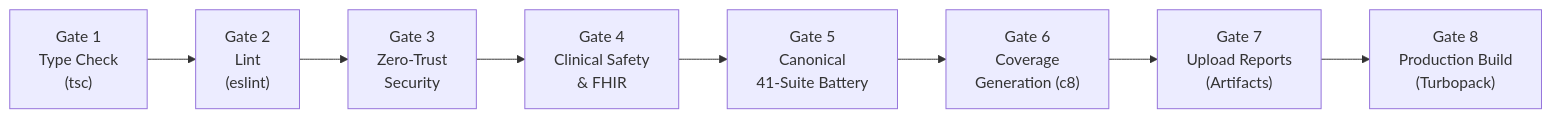
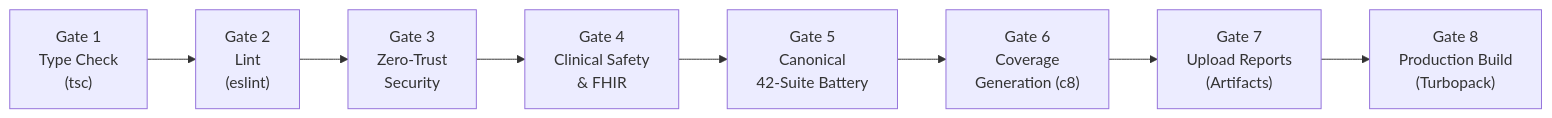
One commit to PuneethPujala/ai-medical-voice-agent changed the second of 2 diagrams in docs/TESTING.md. Above: the diagram before and after it, drawn with Mermaid. The commit also changed other lines of this file and 1 other file, not shown here.

Commit message:
chore(tests): include route-voice-chat-dialogue in canonical battery and update testing specification

````diff
--- a/docs/TESTING.md
+++ b/docs/TESTING.md
@@ -248,10 +249,10 @@
 ```mermaid
 flowchart LR
     G1["Gate 1\nType Check\n(tsc)"] --> G2["Gate 2\nLint\n(eslint)"]
     G2 --> G3["Gate 3\nZero-Trust\nSecurity"]
     G3 --> G4["Gate 4\nClinical Safety\n& FHIR"]
-    G4 --> G5["Gate 5\nCanonical\n41-Suite Battery"]
+    G4 --> G5["Gate 5\nCanonical\n42-Suite Battery"]
     G5 --> G6["Gate 6\nCoverage\nGeneration (c8)"]
     G6 --> G7["Gate 7\nUpload Reports\n(Artifacts)"]
     G7 --> G8["Gate 8\nProduction Build\n(Turbopack)"]
 ```
````
